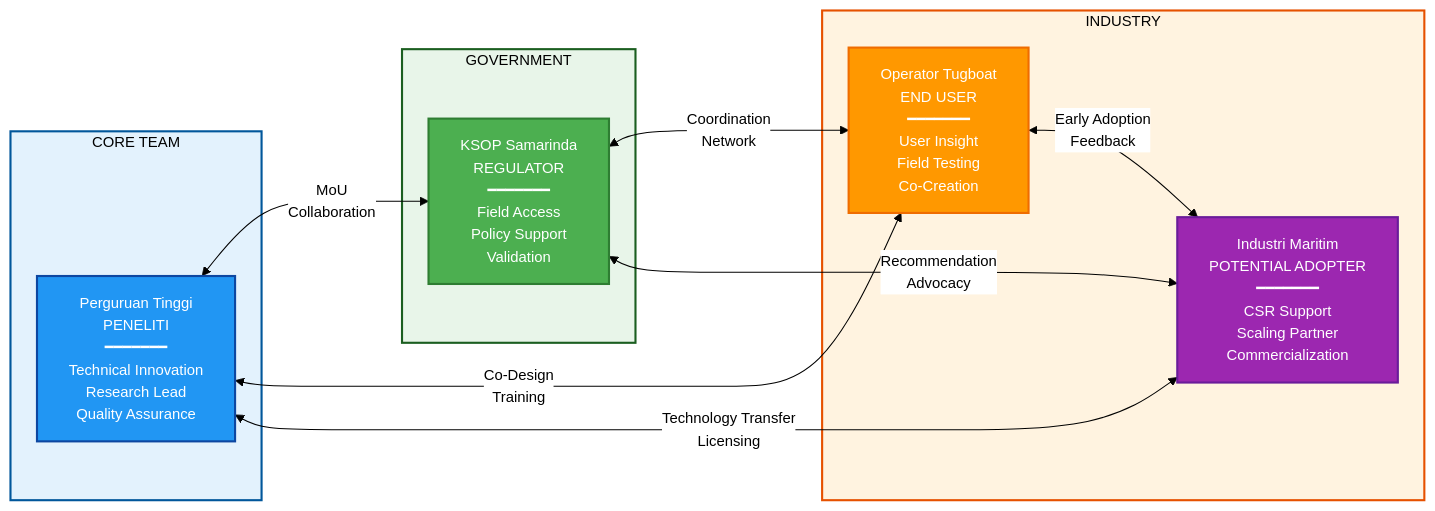
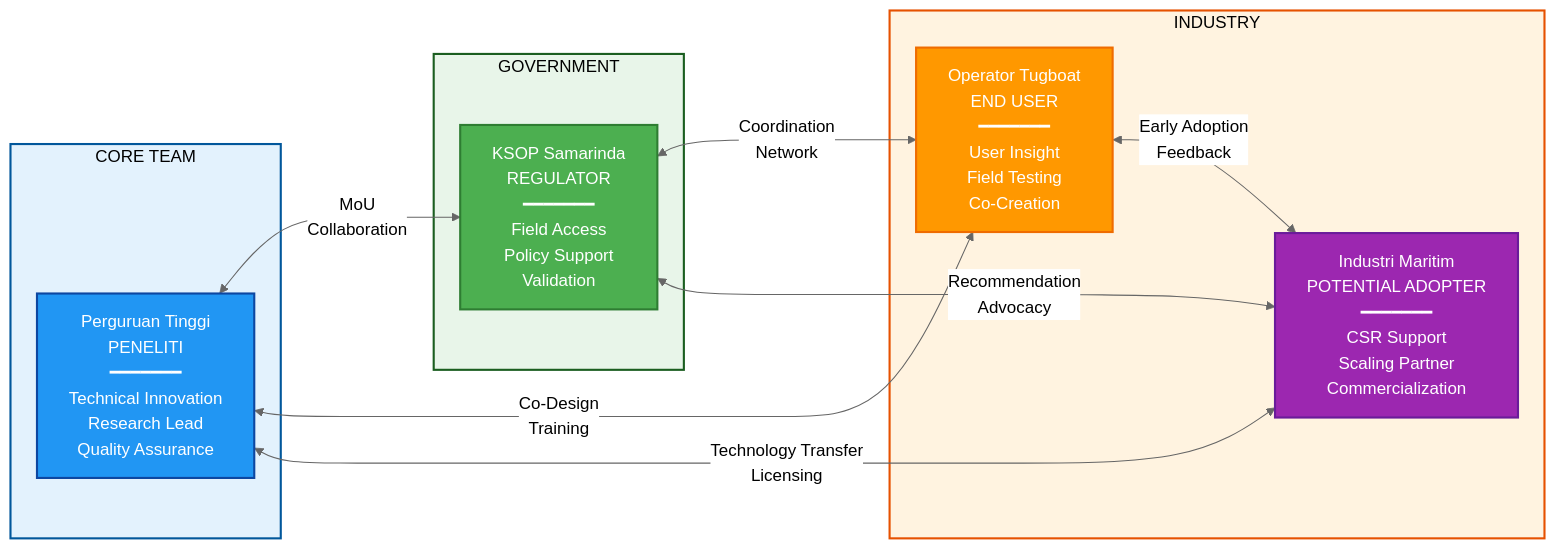
The fourth of 5 diagrams in 01_PROPOSAL_UTAMA_BESTARI_SAINTEK.md (antonprafanto/buros2025), drawn with Mermaid before and after one commit. The commit also changed other lines of this file, not shown here.

First line of the commit message:
Switch to neutral theme for GitHub Mermaid compatibility

````diff
--- a/01_PROPOSAL_UTAMA_BESTARI_SAINTEK.md
+++ b/01_PROPOSAL_UTAMA_BESTARI_SAINTEK.md
@@ -421,57 +421,57 @@
 ```mermaid
-%%{init: {'theme':'base', 'themeVariables': { 'primaryColor':'#ffffff','primaryTextColor':'#000','primaryBorderColor':'#000','lineColor':'#000','secondaryColor':'#ffffff','background':'#ffffff','mainBkg':'#ffffff','secondBkg':'#ffffff','edgeLabelBackground':'#ffffff','clusterBkg':'#f5f5f5','clusterBorder':'#666','fontFamily':'arial','fontSize':'14px','textColor':'#000','nodeBorder':'#000','nodeTextColor':'#000','arrowheadColor':'#000'}}}%%
+%%{init: {'theme':'neutral', 'themeVariables': { 'darkMode':'false'}}}%%
 graph LR
     subgraph Core["CORE TEAM"]
         PT["Perguruan Tinggi
         PENELITI
         ━━━━━━━
         Technical Innovation
         Research Lead
         Quality Assurance"]
     end
 
     subgraph Gov["GOVERNMENT"]
         KSOP["KSOP Samarinda
         REGULATOR
         ━━━━━━━
         Field Access
         Policy Support
         Validation"]
     end
 
     subgraph Industry["INDUSTRY"]
         OPR["Operator Tugboat
         END USER
         ━━━━━━━
         User Insight
         Field Testing
         Co-Creation"]
         MAR["Industri Maritim
         POTENTIAL ADOPTER
         ━━━━━━━
         CSR Support
         Scaling Partner
         Commercialization"]
     end
 
     PT <-->|"MoU
     Collaboration"| KSOP
     PT <-->|"Co-Design
     Training"| OPR
     KSOP <-->|"Coordination
     Network"| OPR
     KSOP <-->|"Recommendation
     Advocacy"| MAR
     PT <-->|"Technology Transfer
     Licensing"| MAR
     OPR <-->|"Early Adoption
     Feedback"| MAR
 
     style PT fill:#2196f3,color:#fff,stroke:#0d47a1,stroke-width:2px
     style KSOP fill:#4caf50,color:#fff,stroke:#2e7d32,stroke-width:2px
     style OPR fill:#ff9800,color:#fff,stroke:#ef6c00,stroke-width:2px
     style MAR fill:#9c27b0,color:#fff,stroke:#6a1b9a,stroke-width:2px
     style Core fill:#e3f2fd,stroke:#01579b,stroke-width:2px,color:#000
     style Gov fill:#e8f5e9,stroke:#1b5e20,stroke-width:2px,color:#000
     style Industry fill:#fff3e0,stroke:#e65100,stroke-width:2px,color:#000
 ```
````
